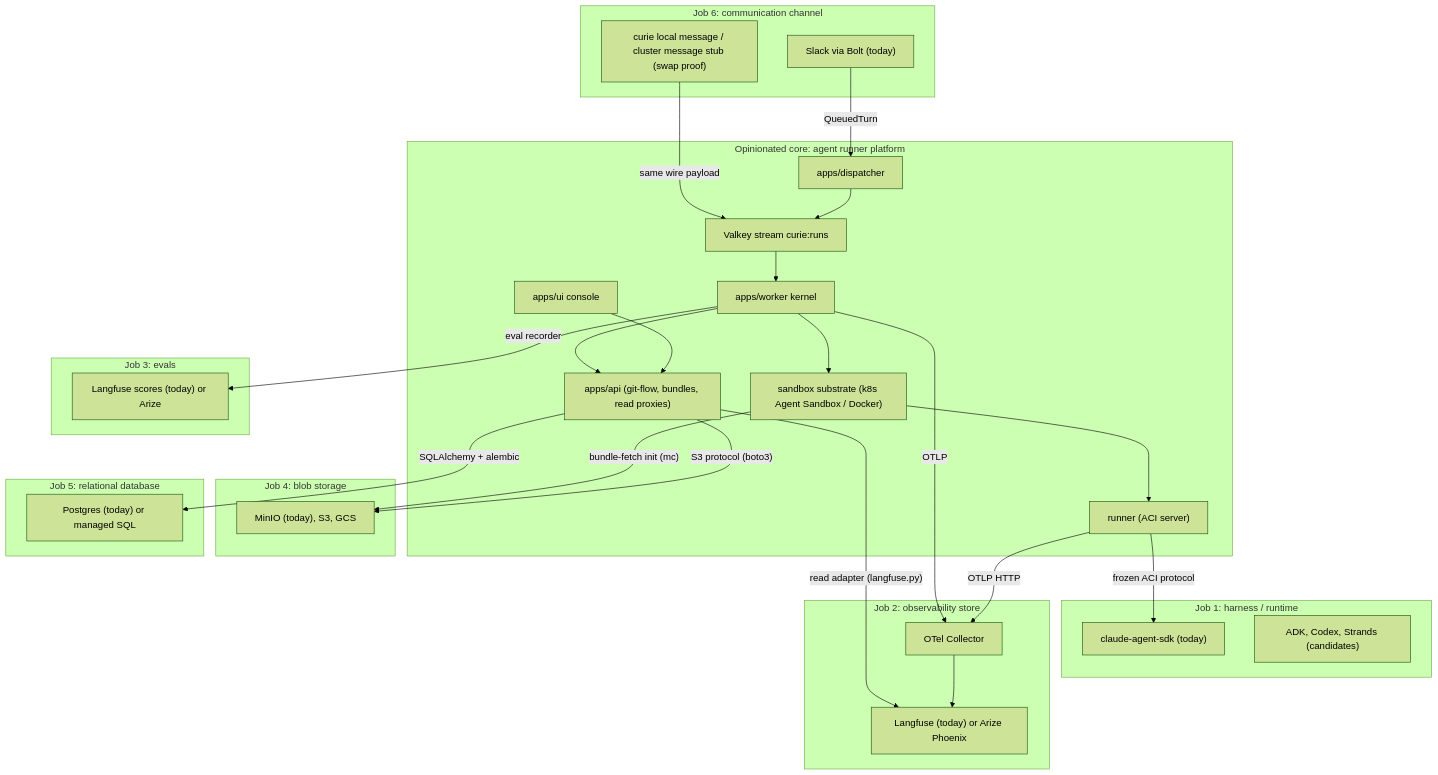
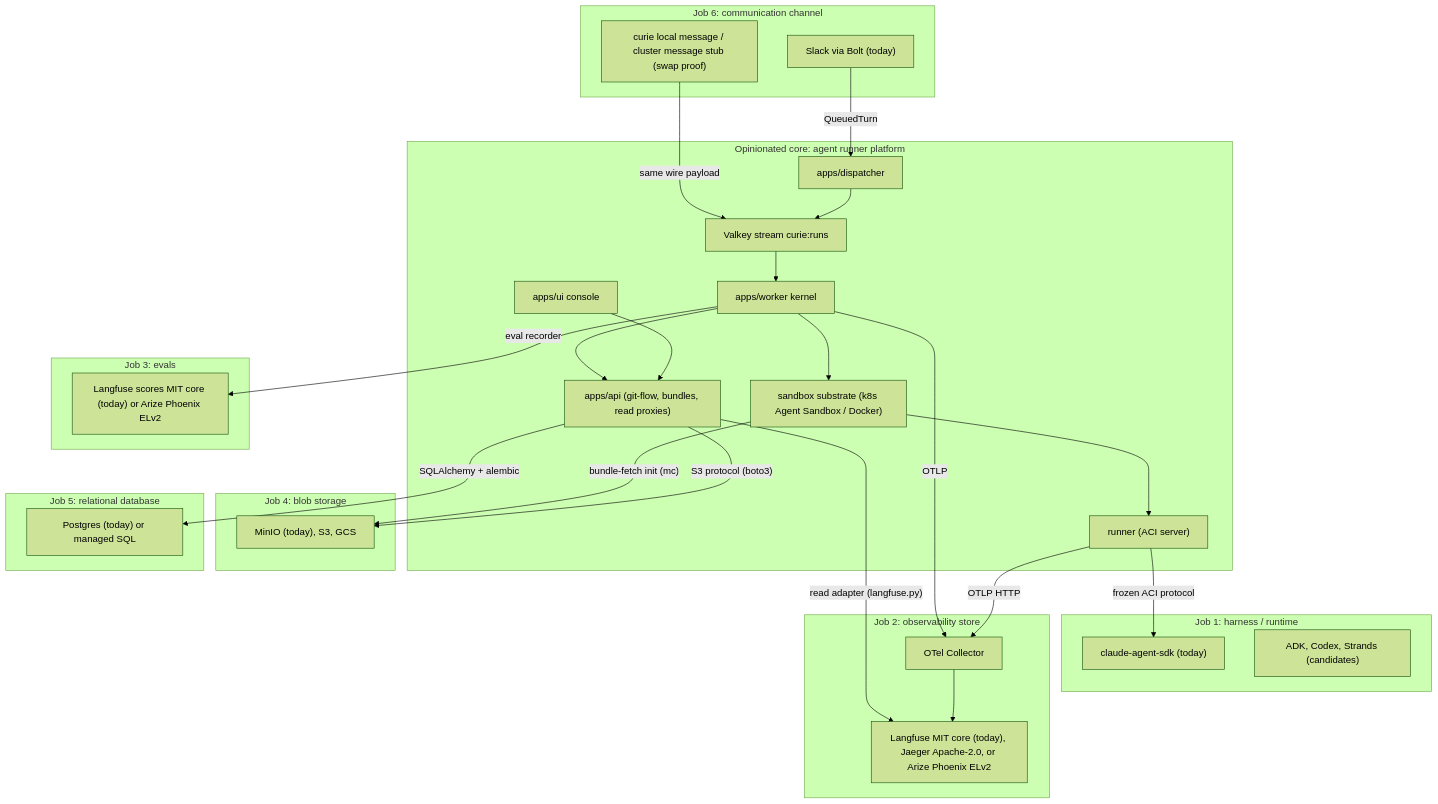
The diagram in docs/architecture-vision.md (coinleftt/curie), drawn with Mermaid (forest theme) before and after one commit. The commit also changed other lines of this file, not shown here.

First line of the commit message:
Annotate swap-candidate licenses in the architecture vision

````diff
--- a/docs/architecture-vision.md
+++ b/docs/architecture-vision.md
@@ -233,54 +248,54 @@
 ```mermaid
 flowchart TB
     subgraph channel["Job 6: communication channel"]
         Slack["Slack via Bolt (today)"]
         CLIStub["curie local message / cluster message stub (swap proof)"]
     end
 
     subgraph core["Opinionated core: agent runner platform"]
         Dispatcher["apps/dispatcher"]
         Queue["Valkey stream curie:runs"]
         Worker["apps/worker kernel"]
         Substrate["sandbox substrate (k8s Agent Sandbox / Docker)"]
         Runner["runner (ACI server)"]
         API["apps/api (git-flow, bundles, read proxies)"]
         UI["apps/ui console"]
         Dispatcher --> Queue --> Worker --> Substrate --> Runner
         UI --> API
         Worker --> API
     end
 
     subgraph harness["Job 1: harness / runtime"]
         SDK["claude-agent-sdk (today)"]
         HarnessAlt["ADK, Codex, Strands (candidates)"]
     end
 
     subgraph obs["Job 2: observability store"]
         Collector["OTel Collector"]
-        Langfuse["Langfuse (today) or Arize Phoenix"]
+        Langfuse["Langfuse MIT core (today), Jaeger Apache-2.0, or Arize Phoenix ELv2"]
         Collector --> Langfuse
     end
 
     subgraph evals["Job 3: evals"]
-        EvalStore["Langfuse scores (today) or Arize"]
+        EvalStore["Langfuse scores MIT core (today) or Arize Phoenix ELv2"]
     end
 
     subgraph blob["Job 4: blob storage"]
         S3["MinIO (today), S3, GCS"]
     end
 
     subgraph db["Job 5: relational database"]
         PG["Postgres (today) or managed SQL"]
     end
 
     Slack -- "QueuedTurn" --> Dispatcher
     CLIStub -- "same wire payload" --> Queue
     Runner -- "frozen ACI protocol" --> SDK
     Runner -- "OTLP HTTP" --> Collector
     Worker -- "OTLP" --> Collector
     API -- "read adapter (langfuse.py)" --> Langfuse
     Worker -- "eval recorder" --> EvalStore
     API -- "S3 protocol (boto3)" --> S3
     Substrate -- "bundle-fetch init (mc)" --> S3
     API -- "SQLAlchemy + alembic" --> PG
 ```
````
